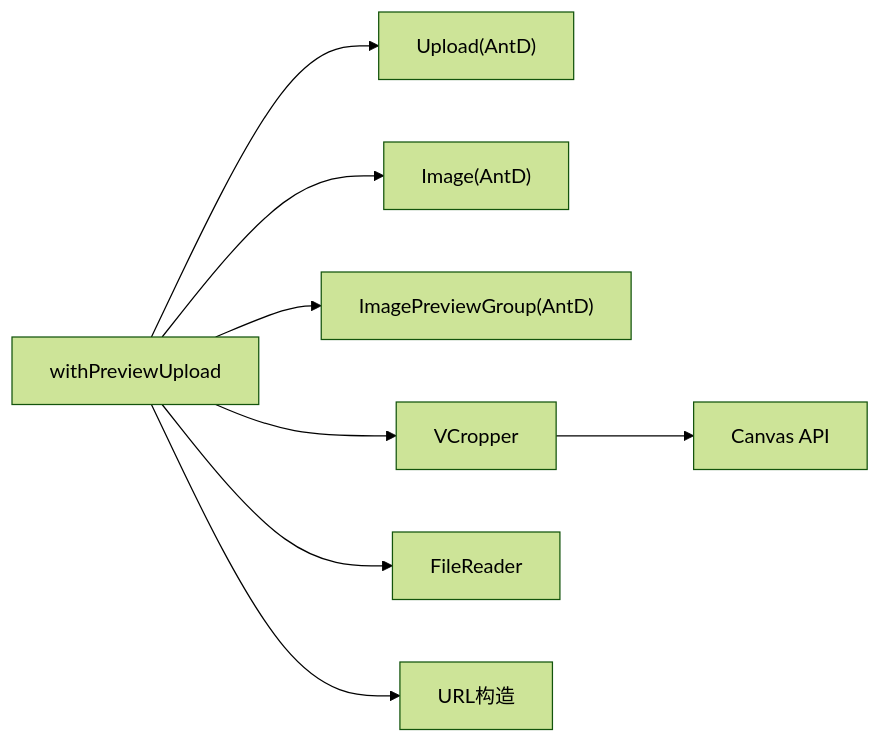
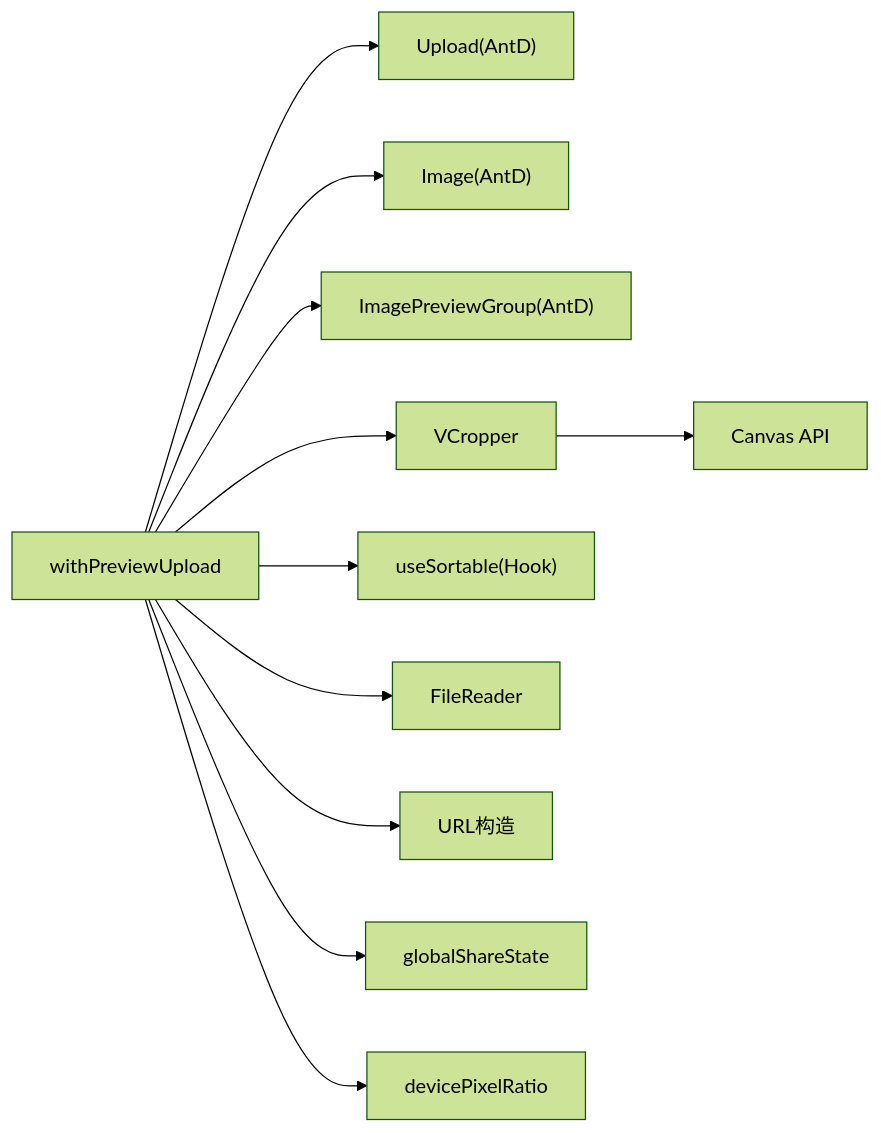
Before and after one commit to liuyinzhong/hive: the eighth of 8 diagrams in .qoder/repowiki/zh/content/多框架支持/组件适配机制/上传预览功能.md, drawn with Mermaid (forest theme). The commit also changed other lines of this file and 8 other files, not shown here.

````diff
--- a/.qoder/repowiki/zh/content/多框架支持/组件适配机制/上传预览功能.md
+++ b/.qoder/repowiki/zh/content/多框架支持/组件适配机制/上传预览功能.md
@@ -298,10 +404,13 @@
 ```mermaid
 graph LR
 W["withPreviewUpload"] --> U["Upload(AntD)"]
 W --> I["Image(AntD)"]
 W --> PG["ImagePreviewGroup(AntD)"]
 W --> VC["VCropper"]
+W --> US["useSortable(Hook)"]
 VC --> C["Canvas API"]
 W --> FR["FileReader"]
 W --> URL["URL构造"]
+W --> GSS["globalShareState"]
+W --> DP["devicePixelRatio"]
 ```
````
